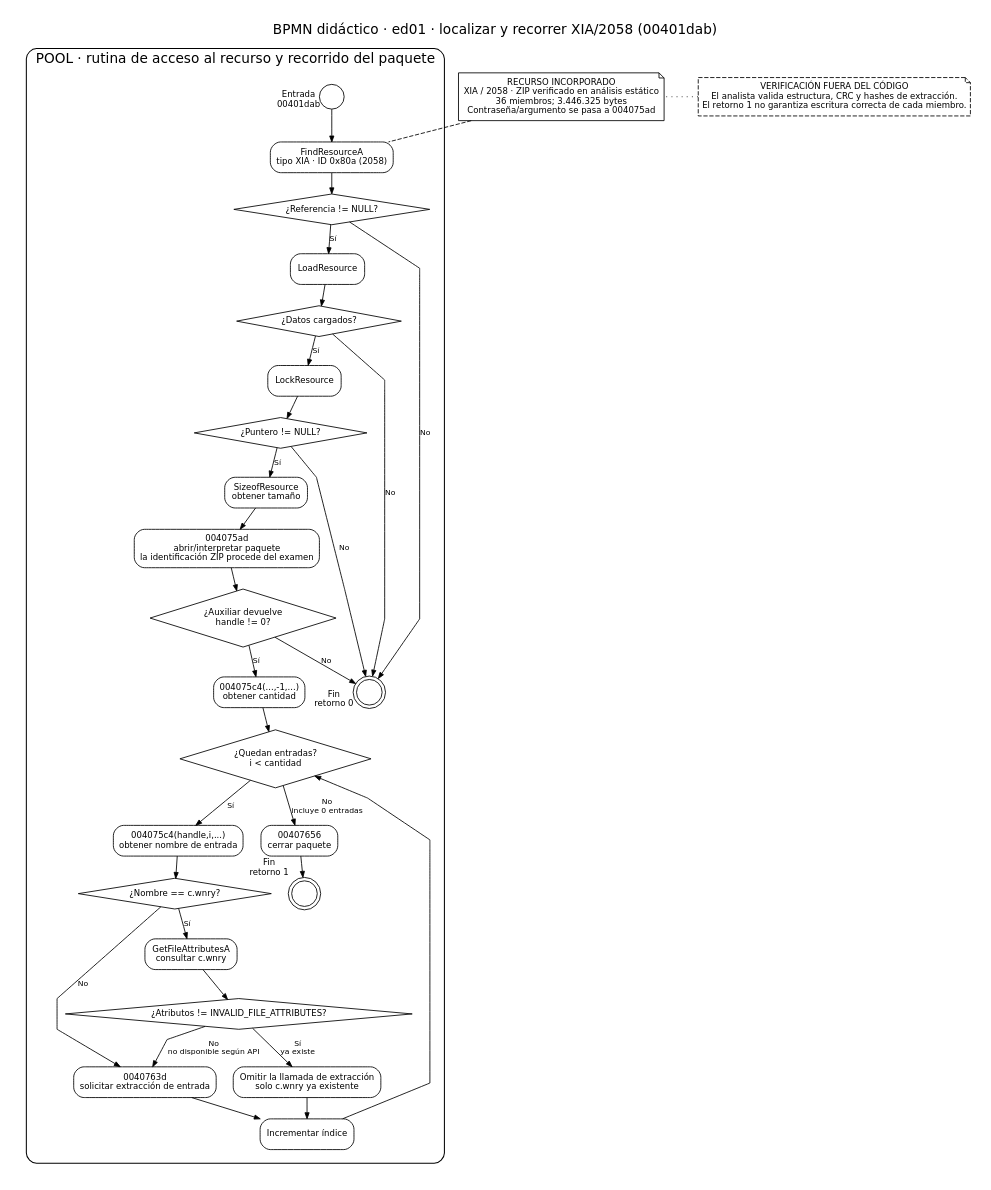
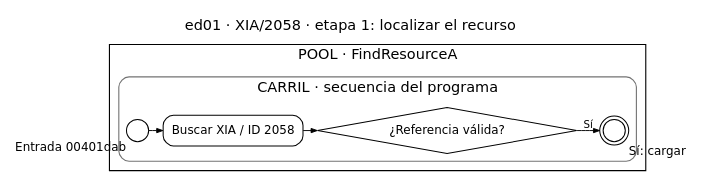
The diagram in entrega_nist/figuras/ed01_recurso.dot (leonidas854/forense_nist_nhs), drawn with Graphviz before and after one commit. The commit also changed 85 other files, not shown here.

```diff
--- a/entrega_nist/figuras/ed01_recurso.dot
+++ b/entrega_nist/figuras/ed01_recurso.dot
@@ -1,58 +1,21 @@
-digraph BPMN_XIA {
-  graph [rankdir=TB, bgcolor="white", pad=.22, nodesep=.28, ranksep=.34,
-         splines=polyline, fontname="DejaVu Sans", label="BPMN didáctico · ed01 · localizar y recorrer XIA/2058 (00401dab)",
-         labelloc=t, fontsize=16];
-  node [fontname="DejaVu Sans", fontsize=10, color="black", fontcolor="black",
-        style="filled", fillcolor="white", margin=".12,.08"];
-  edge [fontname="DejaVu Sans", fontsize=9, color="black", fontcolor="black",
-        arrowsize=.7];
-
-  subgraph cluster_pool {
-    label="POOL · rutina de acceso al recurso y recorrido del paquete";
-    color="black"; penwidth=1.2; style="rounded"; margin=16;
-    s [shape=circle, fixedsize=true, width=.4, label="", xlabel="Entrada\n00401dab"];
-    find [shape=box, style="rounded,filled", label="FindResourceA\ntipo XIA · ID 0x80a (2058)"];
-    g1 [shape=diamond, label="¿Referencia != NULL?"];
-    load [shape=box, style="rounded,filled", label="LoadResource"];
-    g2 [shape=diamond, label="¿Datos cargados?"];
-    lock [shape=box, style="rounded,filled", label="LockResource"];
-    g3 [shape=diamond, label="¿Puntero != NULL?"];
-    size [shape=box, style="rounded,filled", label="SizeofResource\nobtener tamaño"];
-    open [shape=box, style="rounded,filled", label="004075ad\nabrir/interpretar paquete\nla identificación ZIP procede del examen"];
-    g4 [shape=diamond, label="¿Auxiliar devuelve\nhandle != 0?"];
-    count [shape=box, style="rounded,filled", label="004075c4(...,-1,...)\nobtener cantidad"];
-    more [shape=diamond, label="¿Quedan entradas?\ni < cantidad"];
-    item [shape=box, style="rounded,filled", label="004075c4(handle,i,...)\nobtener nombre de entrada"];
-    is_c [shape=diamond, label="¿Nombre == c.wnry?"];
-    attr [shape=box, style="rounded,filled", label="GetFileAttributesA\nconsultar c.wnry"];
-    exists [shape=diamond, label="¿Atributos != INVALID_FILE_ATTRIBUTES?"];
-    extract [shape=box, style="rounded,filled", label="0040763d\nsolicitar extracción de entrada"];
-    skip [shape=box, style="rounded,filled", label="Omitir la llamada de extracción\nsolo c.wnry ya existente"];
-    inc [shape=box, style="rounded,filled", label="Incrementar índice"];
-    close [shape=box, style="rounded,filled", label="00407656\ncerrar paquete"];
-    fail [shape=doublecircle, fixedsize=true, width=.42, label="", xlabel="Fin\nretorno 0"];
-    success [shape=doublecircle, fixedsize=true, width=.42, label="", xlabel="Fin\nretorno 1"];
-
-    s -> find -> g1;
-    g1 -> load [label="Sí"]; g1 -> fail [label="No"];
-    load -> g2; g2 -> lock [label="Sí"]; g2 -> fail [label="No"];
-    lock -> g3; g3 -> size [label="Sí"]; g3 -> fail [label="No"];
-    size -> open -> g4;
-    g4 -> count [label="Sí"]; g4 -> fail [label="No"];
-    count -> more;
-    more -> close [label="No\nincluye 0 entradas"];
-    more -> item [label="Sí"];
-    item -> is_c;
-    is_c -> extract [label="No"];
-    is_c -> attr [label="Sí"];
-    attr -> exists;
-    exists -> skip [label="Sí\nya existe"];
-    exists -> extract [label="No\nno disponible según API"];
-    extract -> inc; skip -> inc; inc -> more;
-    close -> success;
+digraph BPMN {
+  graph [rankdir=LR, bgcolor="white", pad=.14, nodesep=.18, ranksep=.22,
+         splines=polyline, fontname="DejaVu Sans", labelloc=t, fontsize=17,
+         compound=true, newrank=true];
+  node [fontname="DejaVu Sans", fontsize=14, color="black", fontcolor="black",
+        style="filled", fillcolor="white", margin=".12,.08", penwidth=1.2];
+  edge [fontname="DejaVu Sans", fontsize=12, color="black", fontcolor="black",
+        arrowsize=.72, penwidth=1.1];
+  label="ed01 · XIA/2058 · etapa 1: localizar el recurso";
+  subgraph cluster_pool { label="POOL · FindResourceA"; color=black; penwidth=1.3; margin=11;
+    subgraph cluster_program { label="CARRIL · secuencia del programa"; color=gray45; style="rounded"; margin=9;
+      s [shape=circle, label="", xlabel="Entrada 00401dab", fixedsize=true, width=.36];
+      find [shape=box, label="Buscar XIA / ID 2058", style="rounded,filled"];
+      g [shape=diamond, label="¿Referencia válida?"];
+      end [shape=doublecircle, label="", xlabel="Sí: cargar", fixedsize=true, width=.36];
+    }
+  s -> find;
+  find -> g;
+  g -> end [label="Sí"];
   }
-  data [shape=note, style="filled", label="RECURSO INCORPORADO\nXIA / 2058 · ZIP verificado en análisis estático\n36 miembros; 3.446.325 bytes\nContraseña/argumento se pasa a 004075ad"];
-  data -> find [style=dashed, arrowhead=none, constraint=false];
-  analyst [shape=note, style="dashed,filled", label="VERIFICACIÓN FUERA DEL CÓDIGO\nEl analista valida estructura, CRC y hashes de extracción.\nEl retorno 1 no garantiza escritura correcta de cada miembro."];
-  analyst -> data [style=dotted, arrowhead=none, constraint=false];
 }
```
